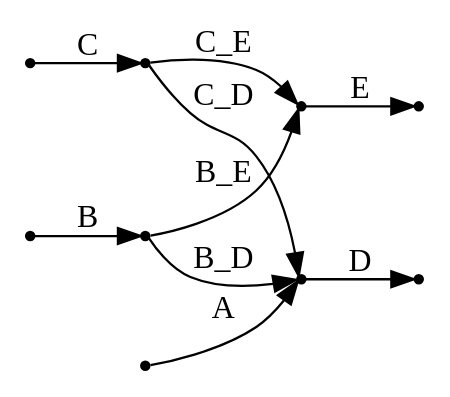
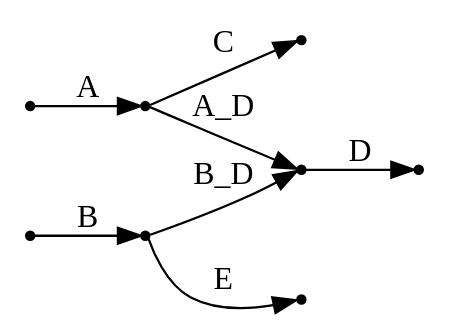
Before and after one commit to raggleton/PythiaPlotter: the diagram in notebook/edge.gv, drawn with Graphviz. The commit also changed 6 other files, not shown here.

```diff
--- a/notebook/edge.gv
+++ b/notebook/edge.gv
@@ -1,14 +1,12 @@
 digraph g {
     rankdir="LR";
     node[shape="point"];
     0 -> 1[label="A"];
-    1 -> 3[label="D"];
-    4 -> 5[label="B"];
-    5 -> 1[label="B_D"];
-    5 -> 13[label="B_E"];
-    6 -> 7[label="C"];
-    7 -> 1[label="C_D"];
-    7 -> 13[label="C_E"];
-    13 -> 9[label="E"];
+    1 -> 11[label="A_D"];
+    1 -> 3[label="C"];
+    6 -> 7[label="B"];
+    7 -> 9[label="E"];
+    7 -> 11[label="B_D"];
+    11 -> 5[label="D"];
 
 }
```
